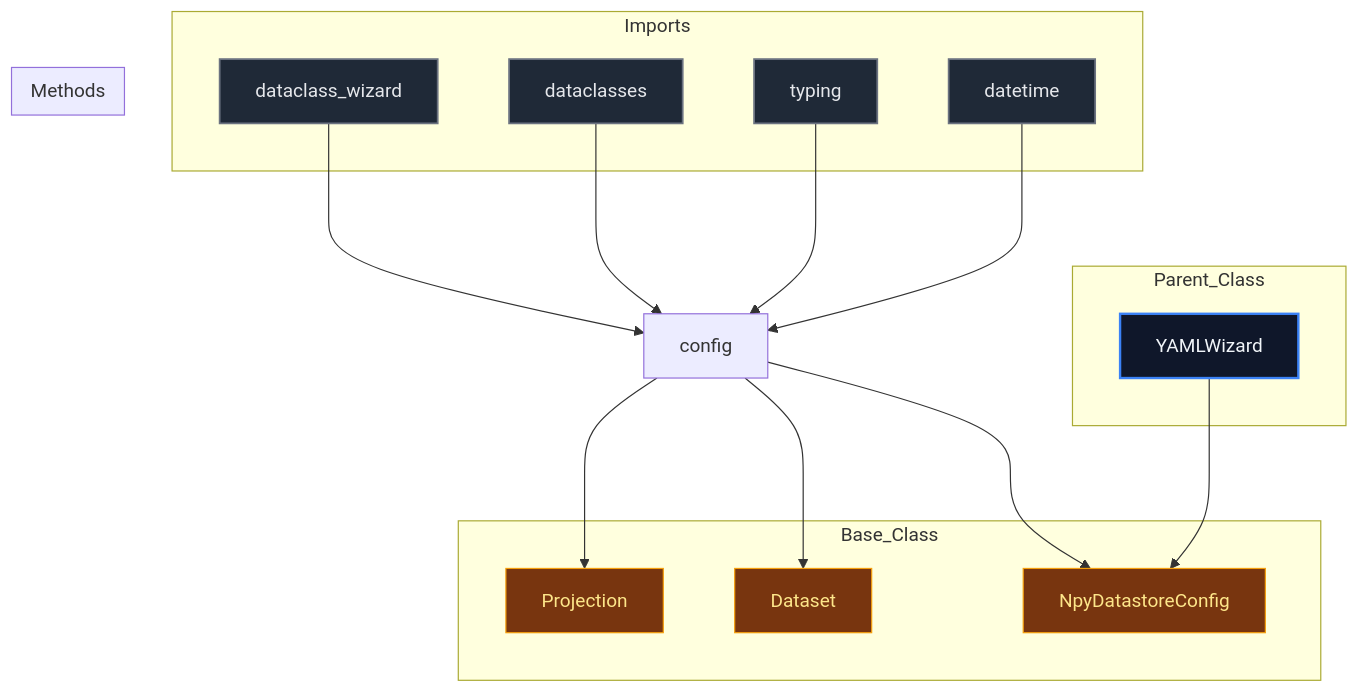
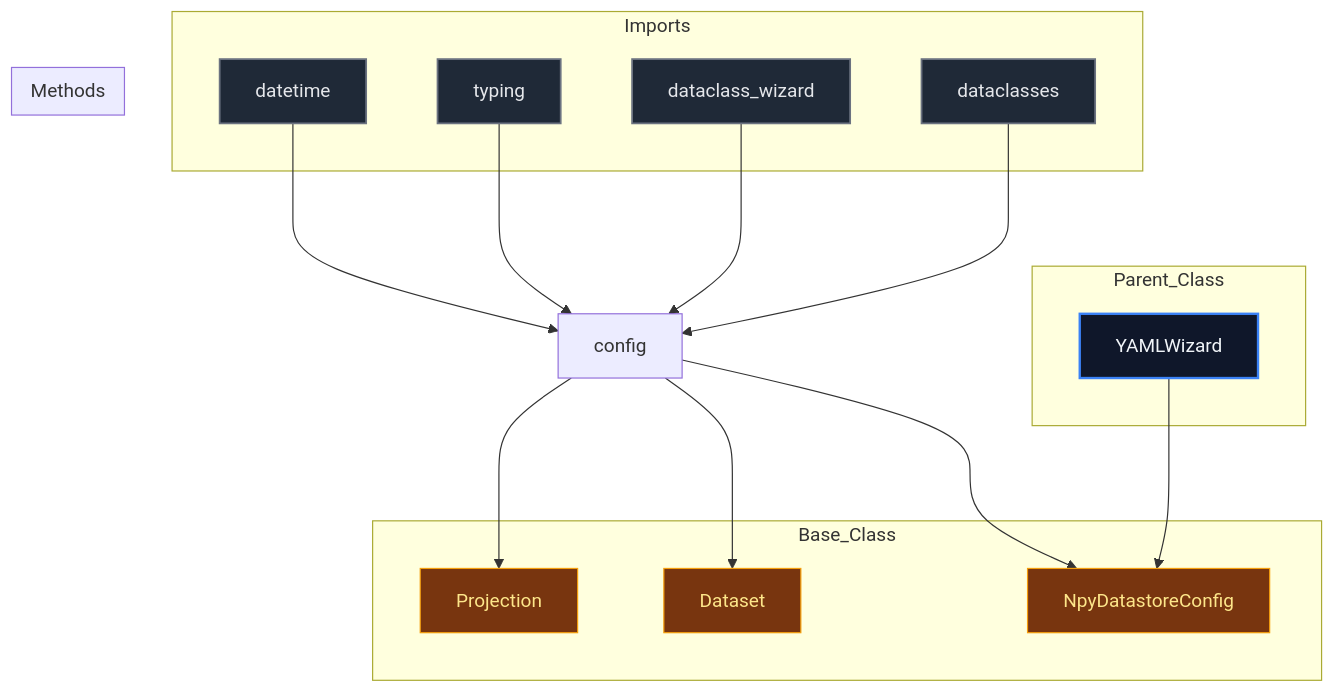
The diagram in docs/diagrams/config_diagram.md (mllam/neural-lam), drawn with Mermaid before and after one commit. The commit also changed 21 other files, not shown here.

Commit message:
Auto-update Mermaid diagrams

````diff
--- a/docs/diagrams/config_diagram.md
+++ b/docs/diagrams/config_diagram.md
@@ -1,47 +1,47 @@
 ```mermaid
 %%{init: {'flowchart': {'nodeSpacing': 60, 'rankSpacing': 80}}}%%
 flowchart TD
 
 module["config"]
 
 subgraph Parent_Class
     YAMLWizard["YAMLWizard"]
 end
 
 subgraph Base_Class
     Projection["Projection"]
     Dataset["Dataset"]
     NpyDatastoreConfig["NpyDatastoreConfig"]
 end
 
     YAMLWizard --> NpyDatastoreConfig
 
 subgraph Imports
-    datetime["datetime"]
-    typing["typing"]
     dataclasses["dataclasses"]
     dataclass_wizard["dataclass_wizard"]
+    typing["typing"]
+    datetime["datetime"]
 end
 
-    datetime --> module
-    typing --> module
     dataclasses --> module
     dataclass_wizard --> module
+    typing --> module
+    datetime --> module
     module --> Projection
     module --> Dataset
     module --> NpyDatastoreConfig
 
 subgraph Methods
 end
 
 
 classDef parent fill:#0f172a,stroke:#3b82f6,stroke-width:2px,color:#f1f5f9,font-size:16px
 classDef base fill:#78350f,stroke:#f59e0b,stroke-width:1px,color:#fde68a,font-size:16px
 classDef import fill:#1f2937,stroke:#6b7280,stroke-width:1.5px,color:#e5e7eb,font-size:16px
 classDef method fill:#2d043f,stroke:#7c3aed,stroke-width:1.5px,color:#ede9fe,font-size:16px
 classDef callNode fill:#064e3b,stroke:#10b981,stroke-width:1.5px,color:#d1fae5,font-size:16px
 class YAMLWizard parent
 class Projection,Dataset,NpyDatastoreConfig base
-class datetime,typing,dataclasses,dataclass_wizard import
+class dataclasses,dataclass_wizard,typing,datetime import
 
 ```
````
